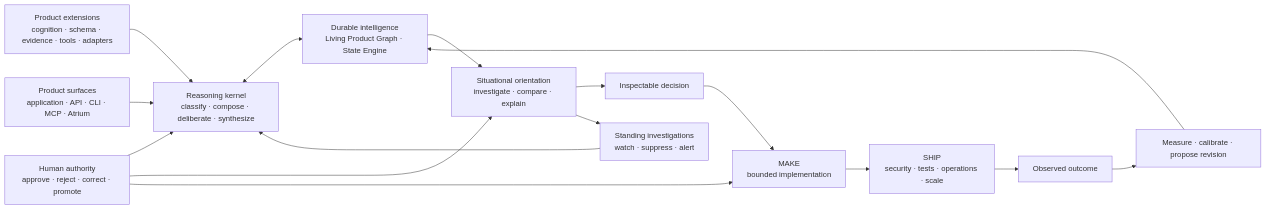
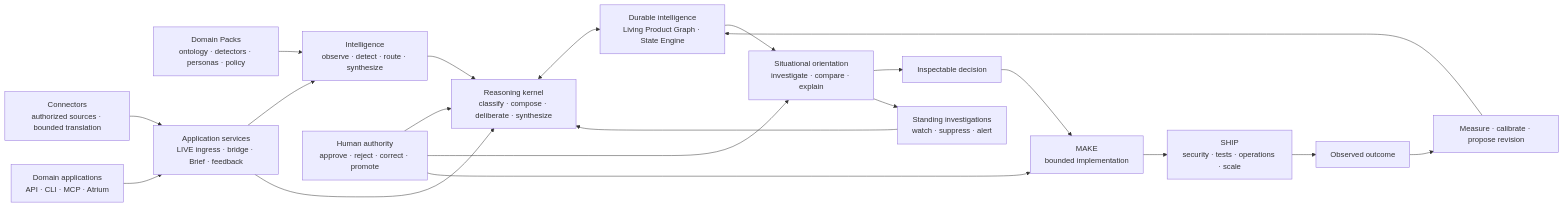
Before and after one commit to augmented-cognition-engine/core: the diagram in ROADMAP.md, drawn with Mermaid. The commit also changed other lines of this file and 1 other file, not shown here.

Commit message:
docs: reconcile roadmap after 0.4.0

````diff
--- a/ROADMAP.md
+++ b/ROADMAP.md
@@ -377,18 +421,22 @@
 ```mermaid
 flowchart LR
-    EXT["Product extensions<br/>cognition · schema · evidence · tools · adapters"] --> CORE
-    SURF["Product surfaces<br/>application · API · CLI · MCP · Atrium"] --> CORE
+    PACK["Domain Packs<br/>ontology · detectors · personas · policy"] --> INTEL
+    CONN["Connectors<br/>authorized sources · bounded translation"] --> APP
+    SURF["Domain applications<br/>API · CLI · MCP · Atrium"] --> APP
     HUMAN["Human authority<br/>approve · reject · correct · promote"] --> CORE
+    APP["Application services<br/>LIVE ingress · bridge · Brief · feedback"] --> INTEL
+    APP --> CORE
+    INTEL["Intelligence<br/>observe · detect · route · synthesize"] --> CORE
     CORE["Reasoning kernel<br/>classify · compose · deliberate · synthesize"] <--> STATE
     STATE["Durable intelligence<br/>Living Product Graph · State Engine"] --> ORIENT
     ORIENT["Situational orientation<br/>investigate · compare · explain"] --> DECIDE
     HUMAN --> ORIENT
     ORIENT --> WATCH["Standing investigations<br/>watch · suppress · alert"]
     WATCH --> CORE
     DECIDE["Inspectable decision"] --> MAKE
     HUMAN --> MAKE
     MAKE["MAKE<br/>bounded implementation"] --> SHIP
     SHIP["SHIP<br/>security · tests · operations · scale"] --> OUTCOME
     OUTCOME["Observed outcome"] --> LEARN
     LEARN["Measure · calibrate · propose revision"] --> STATE
 ```
````
